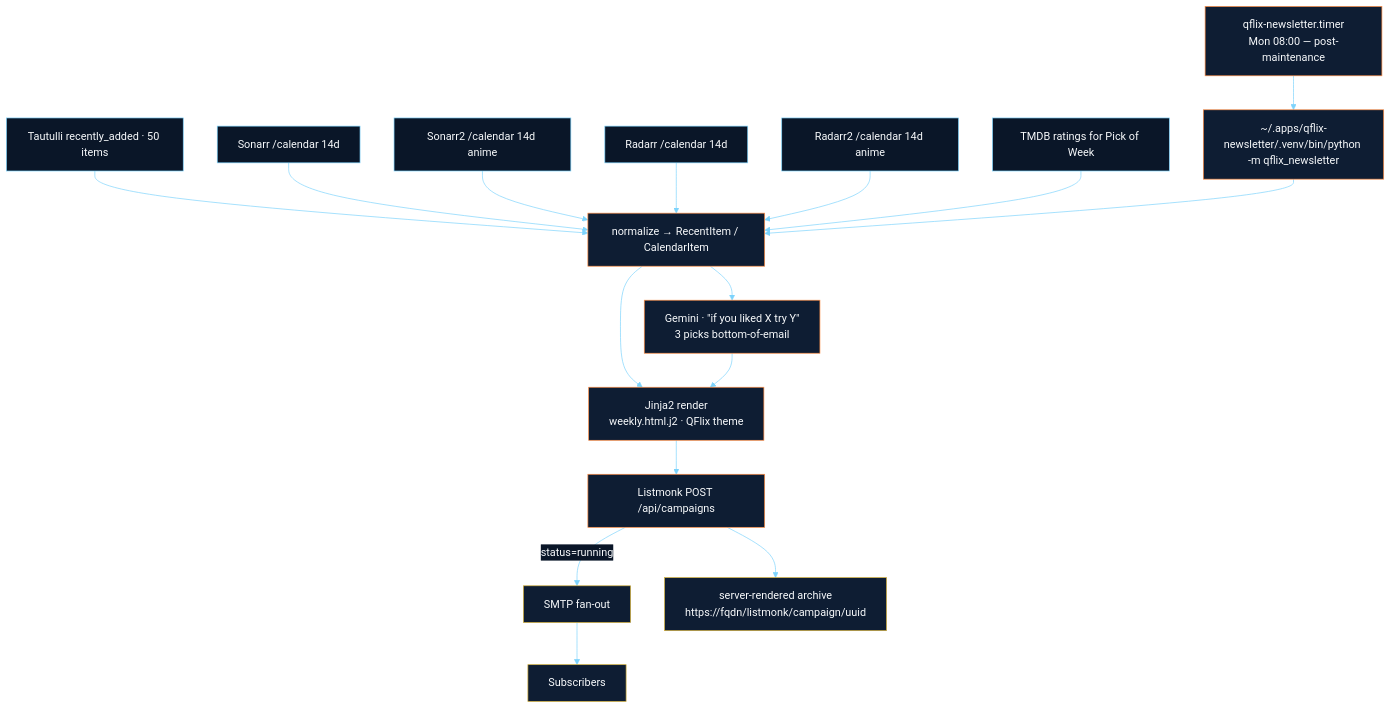
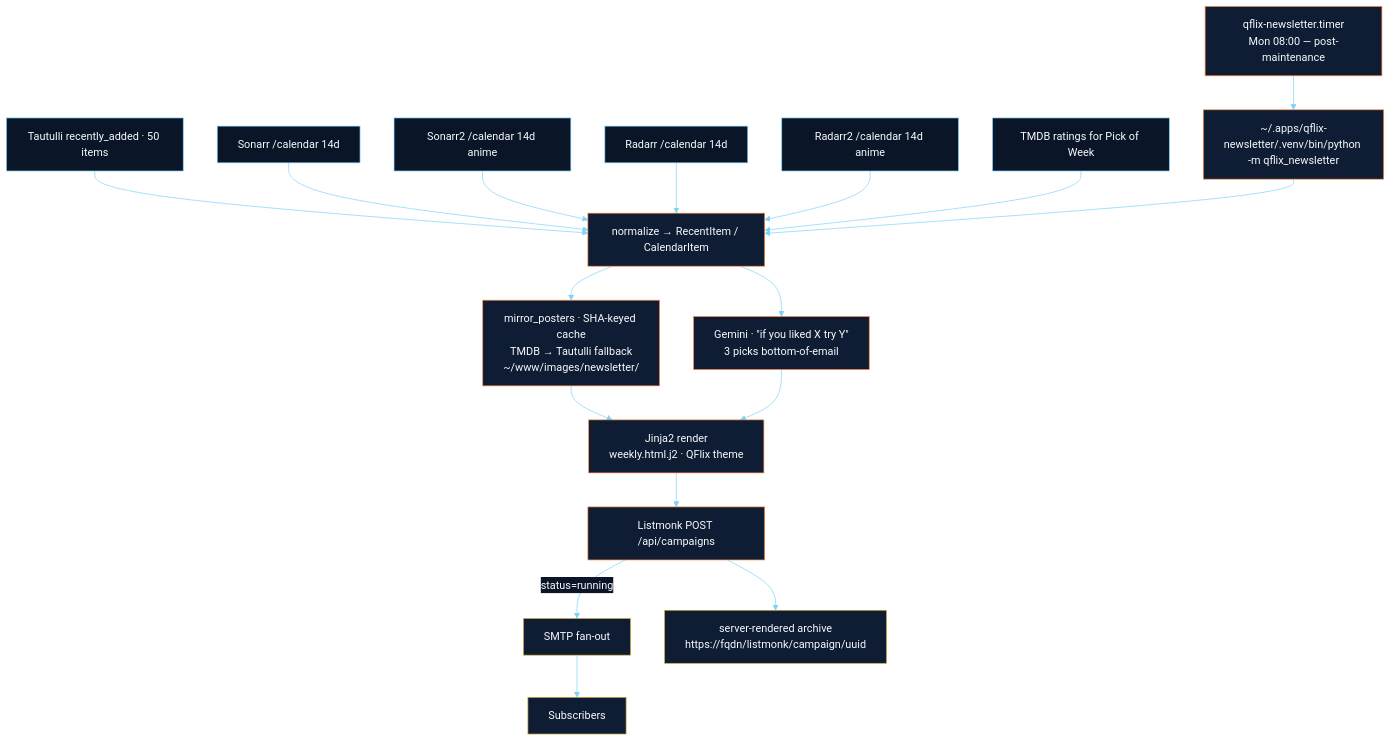
One commit to Quadstronaut/QFlix changed the fifth of 6 diagrams in README.md. Above: the diagram before and after it, drawn with Mermaid. The commit also changed other lines of this file, not shown here.

Commit message:
docs: README — mirror_posters in newsletter pipeline diagram
Adds a node to the newsletter Mermaid flow and one line to the
narrative section so the README reflects the poster-mirroring step
now in production.

````diff
--- a/README.md
+++ b/README.md
@@ -205,27 +205,28 @@
 ```mermaid
 %%{init: {'theme':'base','themeVariables':{'primaryColor':'#0e1d33','primaryTextColor':'#f8fafc','primaryBorderColor':'#ff8c42','lineColor':'#7dd3fc','secondaryColor':'#05101f','tertiaryColor':'#0a1628','clusterBkg':'#05101f','clusterBorder':'#7dd3fc','edgeLabelBackground':'#0a1628','fontFamily':'Segoe UI, Roboto, sans-serif'}}}%%
 flowchart TB
   classDef src fill:#0a1628,stroke:#7dd3fc,color:#f8fafc
   classDef proc fill:#0e1d33,stroke:#ff8c42,color:#f8fafc
   classDef out fill:#0e1d33,stroke:#d4af37,color:#f8fafc
 
   timer[qflix-newsletter.timer<br/>Mon 08:00 — post-maintenance]:::proc
   timer --> py[~/.apps/qflix-newsletter/.venv/bin/python -m qflix_newsletter]:::proc
 
   T[Tautulli recently_added · 50 items]:::src --> norm[normalize → RecentItem / CalendarItem]:::proc
   S1[Sonarr /calendar 14d]:::src --> norm
   S2[Sonarr2 /calendar 14d anime]:::src --> norm
   R1[Radarr /calendar 14d]:::src --> norm
   R2[Radarr2 /calendar 14d anime]:::src --> norm
   TMDB[TMDB ratings for Pick of Week]:::src --> norm
 
   py --> norm
+  norm --> mirror[mirror_posters · SHA-keyed cache<br/>TMDB → Tautulli fallback<br/>~/www/images/newsletter/]:::proc
   norm --> ai[Gemini · &quot;if you liked X try Y&quot;<br/>3 picks bottom-of-email]:::proc
-  norm --> jinja[Jinja2 render<br/>weekly.html.j2 · QFlix theme]:::proc
+  mirror --> jinja[Jinja2 render<br/>weekly.html.j2 · QFlix theme]:::proc
   ai --> jinja
 
   jinja --> camp[Listmonk POST /api/campaigns]:::proc
   camp -->|status=running| smtp[SMTP fan-out]:::out
   smtp --> subs[Subscribers]:::out
   camp --> archive[server-rendered archive<br/>https://fqdn/listmonk/campaign/uuid]:::out
 ```
````
